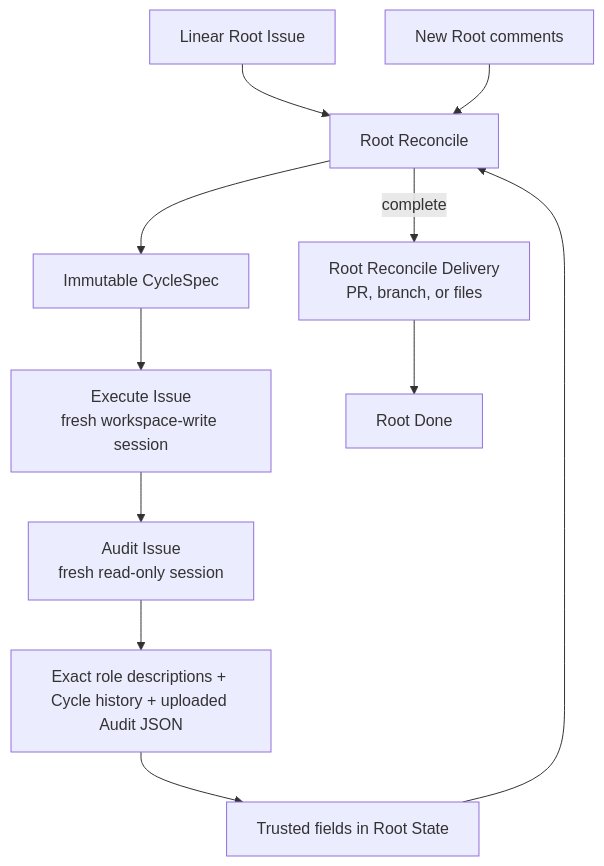
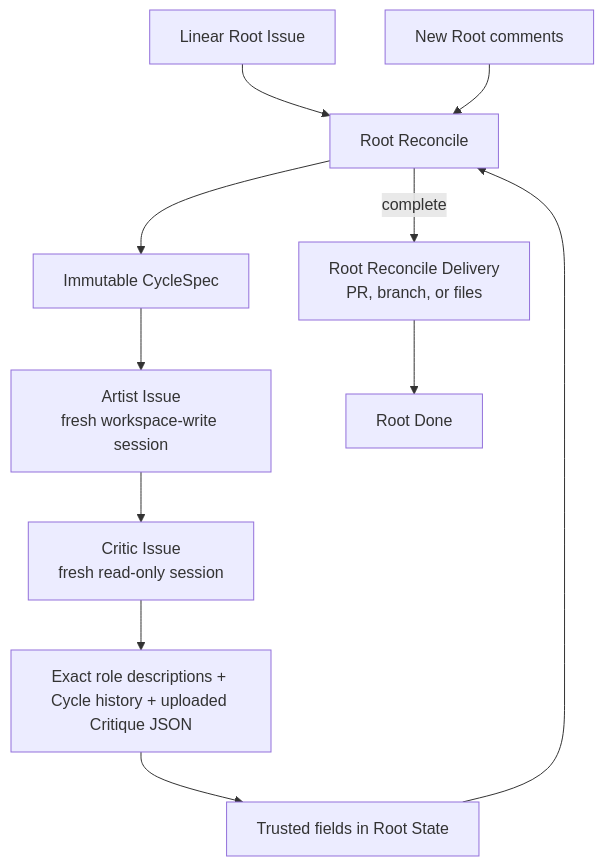
The diagram in docs/architecture/README.md (hallucination-studio/symphony), drawn with Mermaid before and after one commit. The commit also changed other lines of this file and 64 other files, not shown here.

Commit message:
refactor: rename cycle roles to artist and critic

````diff
--- a/docs/architecture/README.md
+++ b/docs/architecture/README.md
@@ -12,14 +12,14 @@
 ```mermaid
 %% source-rules: WF-TOPO-001 WF-TOPO-002 WF-TOPO-003 WF-ROUTE-006 WF-INBOX-004
 flowchart TD
   Root[Linear Root Issue] --> Reconcile[Root Reconcile]
   Reconcile --> Cycle[Immutable CycleSpec]
-  Cycle --> Execute[Execute Issue<br/>fresh workspace-write session]
-  Execute --> Audit[Audit Issue<br/>fresh read-only session]
-  Audit --> Result[Exact role descriptions + Cycle history + uploaded Audit JSON]
+  Cycle --> Artist[Artist Issue<br/>fresh workspace-write session]
+  Artist --> Critic[Critic Issue<br/>fresh read-only session]
+  Critic --> Result[Exact role descriptions + Cycle history + uploaded Critique JSON]
   Result --> State[Trusted fields in Root State]
   State --> Reconcile
   Inbox[New Root comments] --> Reconcile
   Reconcile -->|complete| Delivery[Root Reconcile Delivery<br/>PR, branch, or files]
   Delivery --> Done[Root Done]
 ```
````
